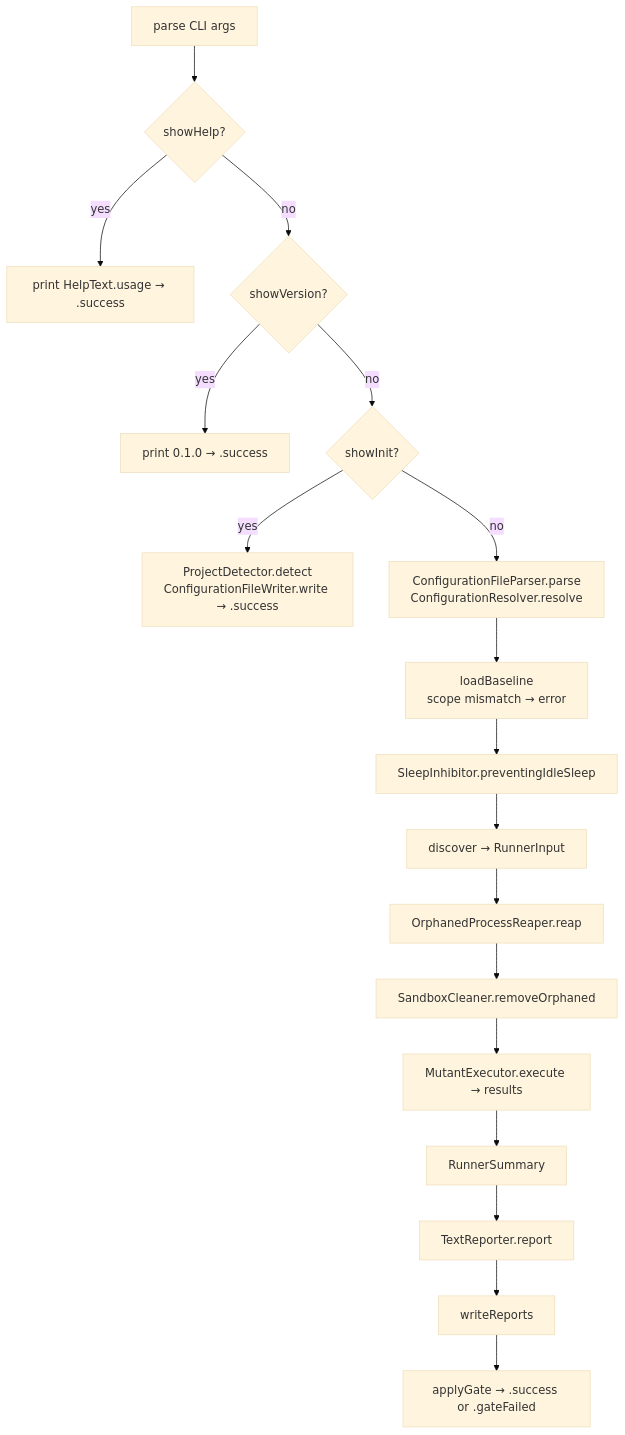
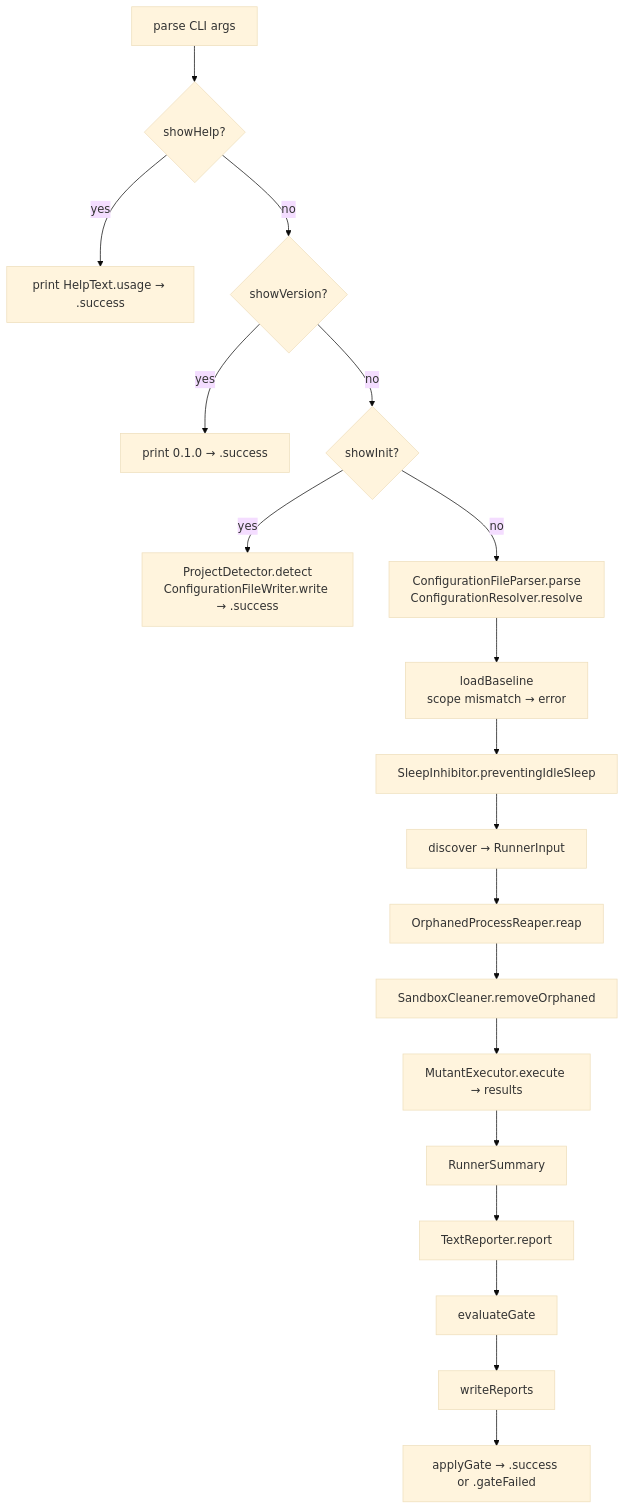
Before and after one commit to C24-Bank/swift-mutation-testing: the diagram in Docs/CodeBase/01-entry-point.md, drawn with Mermaid (base theme). The commit also changed other lines of this file and 7 other files, not shown here.

Commit message:
docs: document the SARIF and Markdown reporters in the codebase and architecture reference

````diff
--- a/Docs/CodeBase/01-entry-point.md
+++ b/Docs/CodeBase/01-entry-point.md
@@ -34,20 +35,21 @@
 ```mermaid
 flowchart TD
     A[parse CLI args] --> B{showHelp?}
     B -- yes --> HELP[print HelpText.usage → .success]
     B -- no --> C{showVersion?}
     C -- yes --> VER[print 0.1.0 → .success]
     C -- no --> D{showInit?}
     D -- yes --> INIT[ProjectDetector.detect\nConfigurationFileWriter.write → .success]
     D -- no --> E[ConfigurationFileParser.parse\nConfigurationResolver.resolve]
     E --> LB[loadBaseline\nscope mismatch → error]
     LB --> S[SleepInhibitor.preventingIdleSleep]
     S --> F[discover → RunnerInput]
     F --> RP[OrphanedProcessReaper.reap]
     RP --> SW[SandboxCleaner.removeOrphaned]
     SW --> G[MutantExecutor.execute → results]
     G --> H[RunnerSummary]
     H --> I[TextReporter.report]
-    I --> J[writeReports]
+    I --> EG[evaluateGate]
+    EG --> J[writeReports]
     J --> K[applyGate → .success or .gateFailed]
 ```
````
